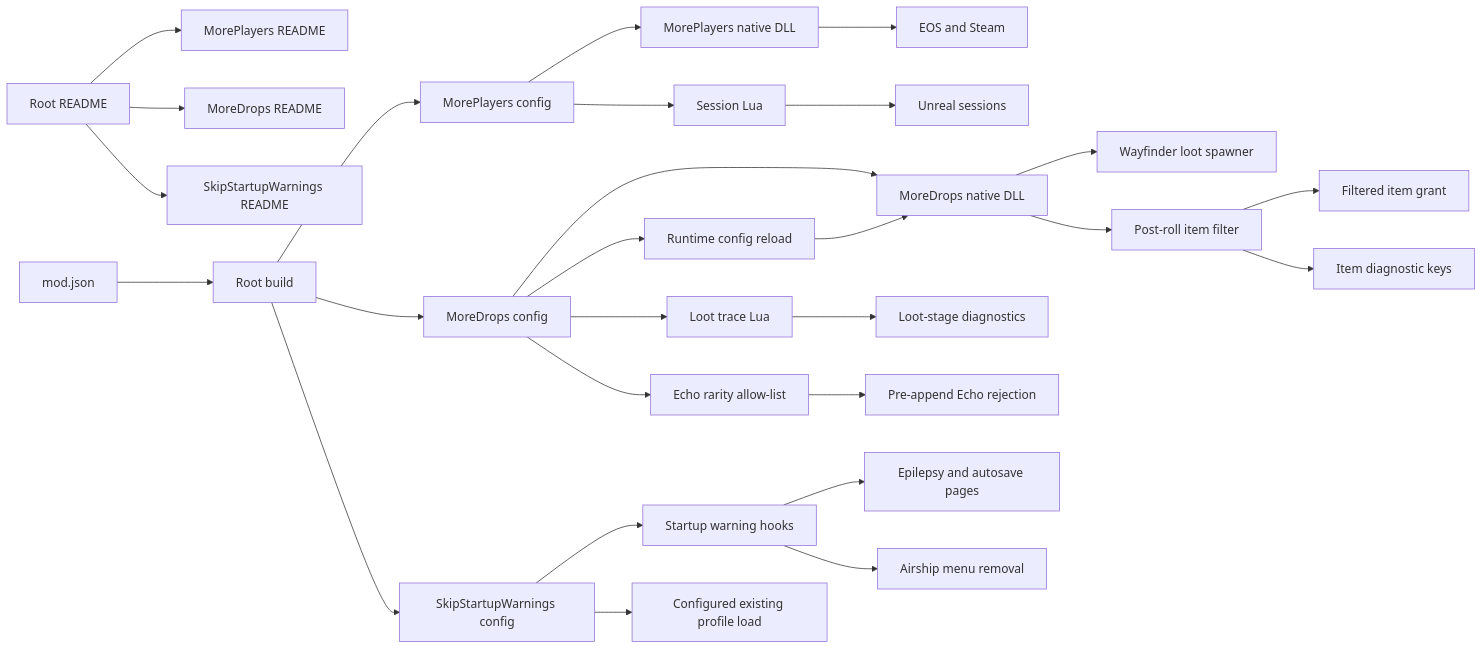
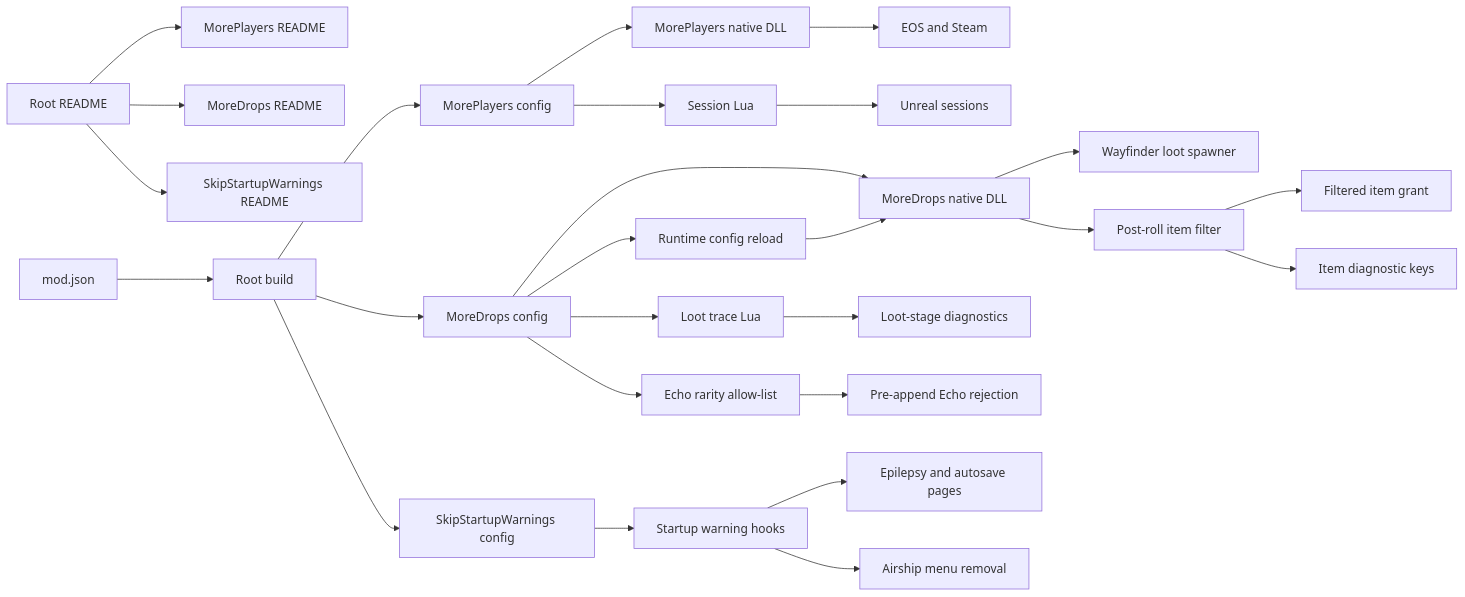
Before and after one commit to TheAngryByrd/Wayfinder-Mods: the diagram in lode/summary.md, drawn with Mermaid. The commit also changed other lines of this file and 4 other files, not shown here.

````diff
--- a/lode/summary.md
+++ b/lode/summary.md
@@ -13,29 +13,28 @@
 ```mermaid
 flowchart LR
     Catalog[Root README] --> Players[MorePlayers README]
     Catalog --> Drops[MoreDrops README]
     Catalog --> Startup[SkipStartupWarnings README]
     Manifest[mod.json] --> Build[Root build]
     Build --> PlayersConfig[MorePlayers config]
     Build --> DropsConfig[MoreDrops config]
     Build --> StartupConfig[SkipStartupWarnings config]
     PlayersConfig --> PlayerNative[MorePlayers native DLL]
     PlayersConfig --> SessionLua[Session Lua]
     DropsConfig --> LootNative[MoreDrops native DLL]
     DropsConfig --> ConfigReload[Runtime config reload]
     ConfigReload --> LootNative
     DropsConfig --> LootLua[Loot trace Lua]
     PlayerNative --> Online[EOS and Steam]
     SessionLua --> Unreal[Unreal sessions]
     LootNative --> Spawner[Wayfinder loot spawner]
     LootNative --> ItemFilter[Post-roll item filter]
     ItemFilter --> ItemGrant[Filtered item grant]
     DropsConfig --> EchoSetting[Echo rarity allow-list]
     EchoSetting --> EchoReject[Pre-append Echo rejection]
     ItemFilter --> ItemLog[Item diagnostic keys]
     LootLua --> Trace[Loot-stage diagnostics]
     StartupConfig --> WarningHooks[Startup warning hooks]
     WarningHooks --> WarningPages[Epilepsy and autosave pages]
     WarningHooks --> MenuExit[Airship menu removal]
-    StartupConfig --> ProfileLoad[Configured existing profile load]
 ```
````
